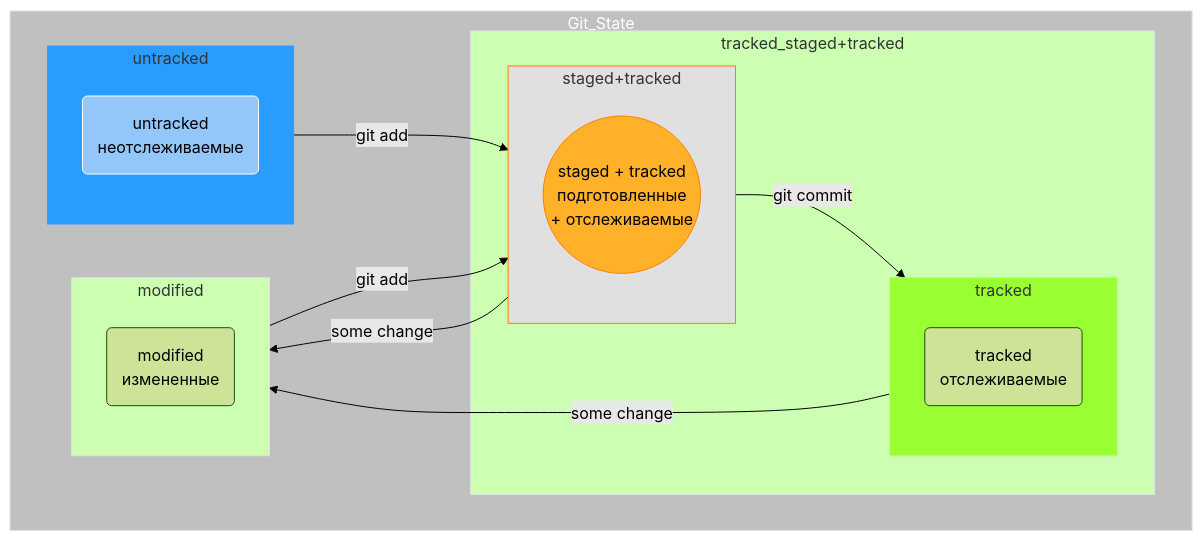
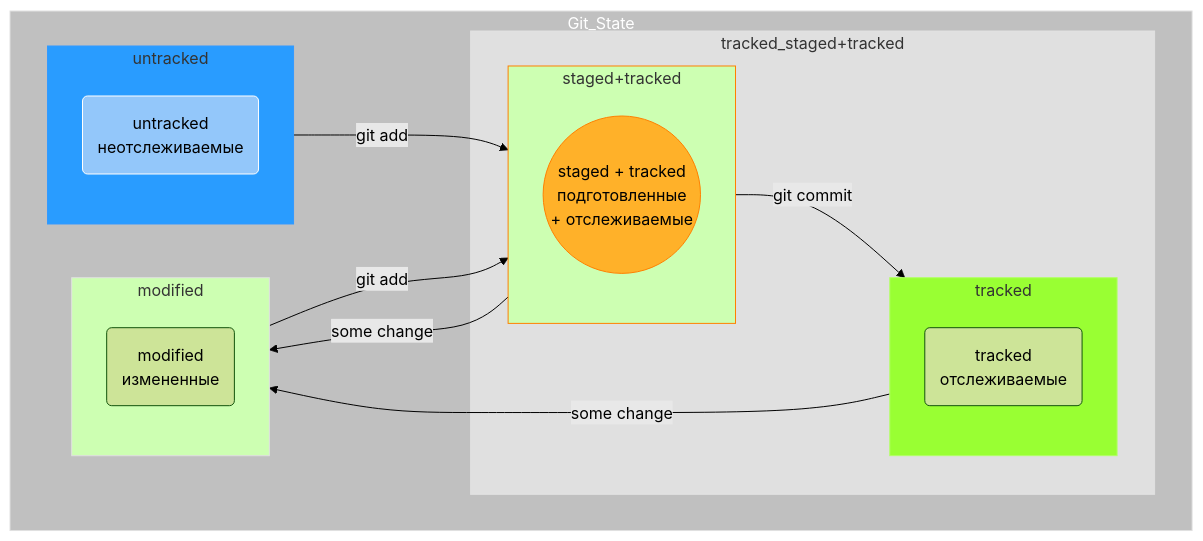
Before and after one commit to AleksandrVakarin/GitInstructionMermaid: the diagram in README.md, drawn with Mermaid (forest theme).

Commit message:
Изменить границу, изменить цвет границ для диаграммы

````diff
--- a/README.md
+++ b/README.md
@@ -93,51 +93,51 @@
 ```mermaid
 flowchart TD;
 	
 	stgd((staged + tracked<br>подготовленные<br> + отслеживаемые))
 	mdf(modified<br>измененные)
 	untr(untracked<br>неотслеживаемые)
 	trcd(tracked<br>отслеживаемые)
 
 
 	subgraph Git_State
 
 		subgraph untracked
 			untr
 		end
 
 		subgraph tracked_staged+tracked
 
 			subgraph tracked
 				trcd
 			end
 
 			subgraph staged+tracked
 				stgd
 			end
 
 		end
 
 		untracked-- git add -->staged+tracked
 		modified-- git add -->staged+tracked
 		staged+tracked-- some change -->modified
 		staged+tracked-- git commit -->tracked
 		tracked-- some change -->modified
 
 		subgraph modified
 			mdf
 		end
 
 	end
 
 	style Git_State fill: #C0C0C0, stroke: #E0E0E0
 	style stgd fill: #FFB129, stroke: #FF8000
 	style untr fill: #93C7FA, stroke: #FFFFFF
 	style untracked fill: #299CFF, stroke: #3399FF
 	style tracked fill: #99FF33, stroke: #B2FF66
-	style tracked_staged+tracked stroke: #E0E0E0
-	style staged+tracked stroke: #FF8000, fill: #E0E0E0
+	style tracked_staged+tracked stroke: #E0E0E0, fill: #E0E0E0
+	style staged+tracked stroke: #FF8000
 	style modified stroke: #E0E0E0
 
 	style Git_State color: #FFFFFF
 
 ```
````
